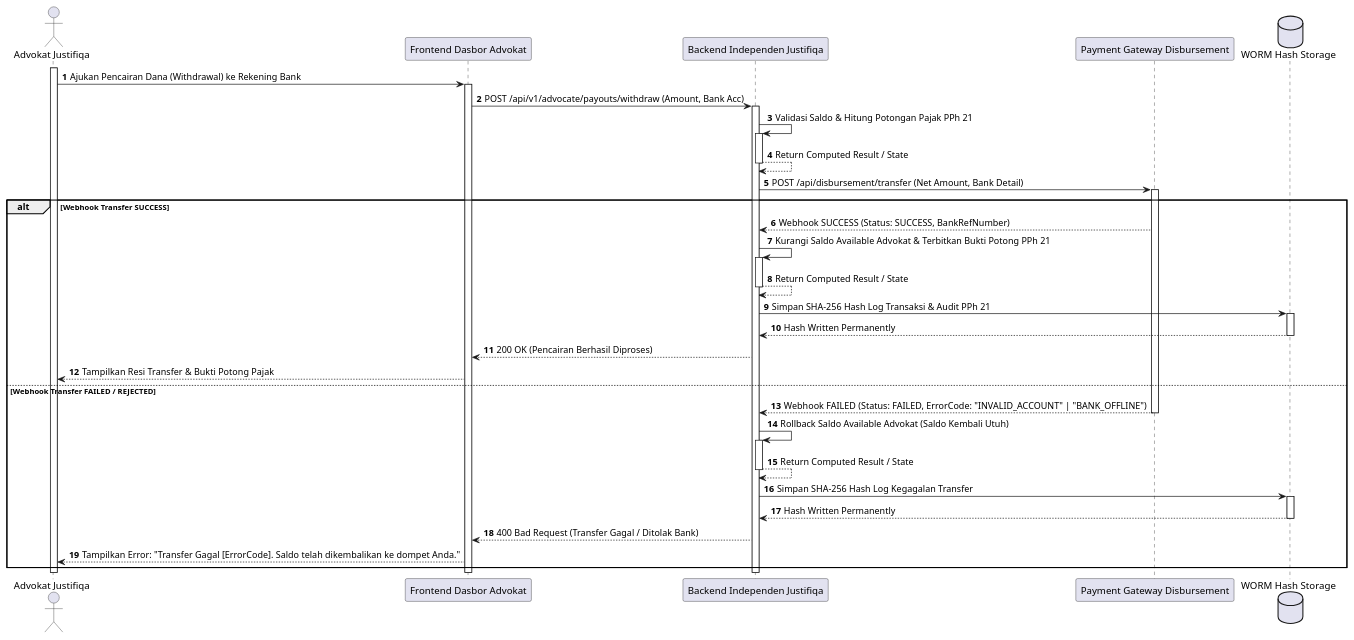
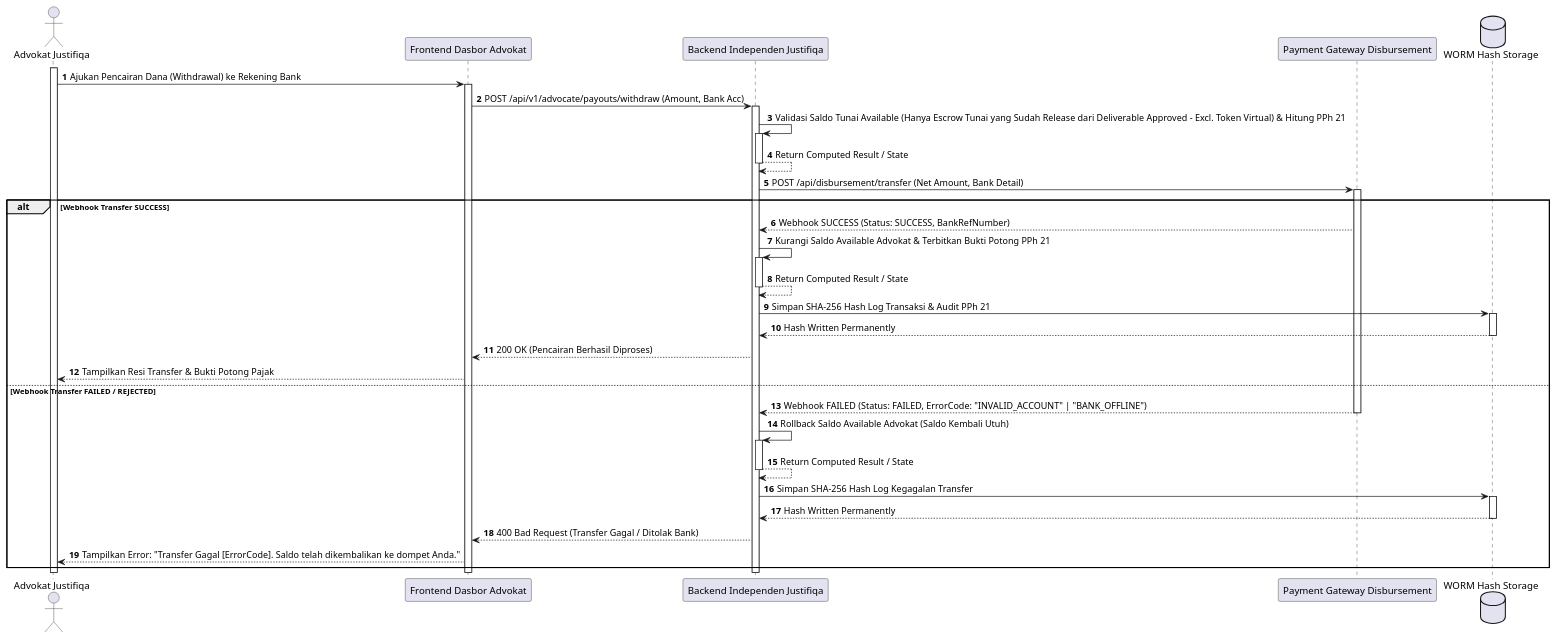
Diagram 11 of 28 in MarkDown/plantuml_sequence_diagrams.md (tupperwureism/SuperApp-Gagal), drawn with PlantUML before and after one commit. The commit also changed other lines of this file and 1 other file, not shown here.

Commit message:
feat(uml): sync Deliverable-Triggered Escrow Release and Dual-Bucket Ledger across impacted diagrams (AD/SD-J-06, AD/SD-J-08, AD/SD-J-11)

````diff
--- a/MarkDown/plantuml_sequence_diagrams.md
+++ b/MarkDown/plantuml_sequence_diagrams.md
@@ -817,39 +833,39 @@
 ```plantuml
 @startuml
 autonumber
 actor "Advokat Justifiqa" as Mitra
 participant "Frontend Dasbor Advokat" as FE
 participant "Backend Independen Justifiqa" as BE
 participant "Payment Gateway Disbursement" as PG
 database "WORM Hash Storage" as WORM
 
 activate Mitra
 Mitra -> FE ++ : Ajukan Pencairan Dana (Withdrawal) ke Rekening Bank
 FE -> BE ++ : POST /api/v1/advocate/payouts/withdraw (Amount, Bank Acc)
 
-BE -> BE ++ : Validasi Saldo & Hitung Potongan Pajak PPh 21
+BE -> BE ++ : Validasi Saldo Tunai Available (Hanya Escrow Tunai yang Sudah Release dari Deliverable Approved - Excl. Token Virtual) & Hitung PPh 21
 BE --> BE -- : Return Computed Result / State
 BE -> PG ++ : POST /api/disbursement/transfer (Net Amount, Bank Detail)
 
 alt Webhook Transfer SUCCESS
     PG --> BE : Webhook SUCCESS (Status: SUCCESS, BankRefNumber)
     BE -> BE ++ : Kurangi Saldo Available Advokat & Terbitkan Bukti Potong PPh 21
     BE --> BE -- : Return Computed Result / State
     BE -> WORM ++ : Simpan SHA-256 Hash Log Transaksi & Audit PPh 21
     WORM --> BE -- : Hash Written Permanently
     BE --> FE : 200 OK (Pencairan Berhasil Diproses)
     FE --> Mitra : Tampilkan Resi Transfer & Bukti Potong Pajak
 else Webhook Transfer FAILED / REJECTED
     PG --> BE -- : Webhook FAILED (Status: FAILED, ErrorCode: "INVALID_ACCOUNT" | "BANK_OFFLINE")
     BE -> BE ++ : Rollback Saldo Available Advokat (Saldo Kembali Utuh)
     BE --> BE -- : Return Computed Result / State
     BE -> WORM ++ : Simpan SHA-256 Hash Log Kegagalan Transfer
     WORM --> BE -- : Hash Written Permanently
     BE --> FE : 400 Bad Request (Transfer Gagal / Ditolak Bank)
     FE --> Mitra : Tampilkan Error: "Transfer Gagal [ErrorCode]. Saldo telah dikembalikan ke dompet Anda."
 end
 deactivate BE
 deactivate FE
 deactivate Mitra
 @enduml
 ```
````
